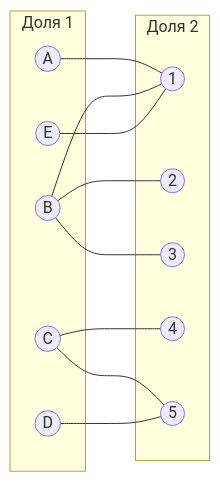
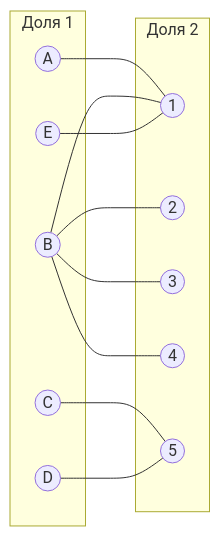
Before and after one commit to algos-ris-24-3/manual-tasks: the first of 11 diagrams in Задание 8/syndicate.md, drawn with Mermaid. The commit also changed other lines of this file, not shown here.

````diff
--- a/Задание 8/syndicate.md
+++ b/Задание 8/syndicate.md
@@ -49,26 +51,26 @@
 ```mermaid
 graph LR
   subgraph "Доля 1"
     A((A))
     B((B))
     C((C))
     D((D))
     E((E))
   end
   subgraph "Доля 2"
     1((1))
     2((2))
     3((3))
     4((4))
     5((5))
   end
 
   A --- 1
   B --- 1
   B --- 2
   B --- 3
-  C --- 4
+  B --- 4
   C --- 5
   D --- 5
   E --- 1
 ```
````
